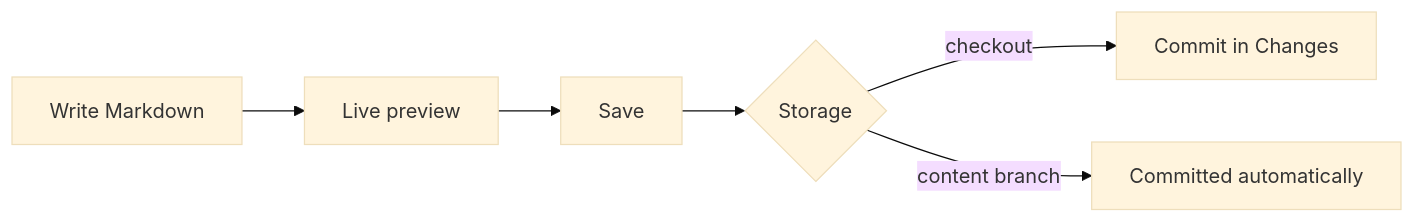
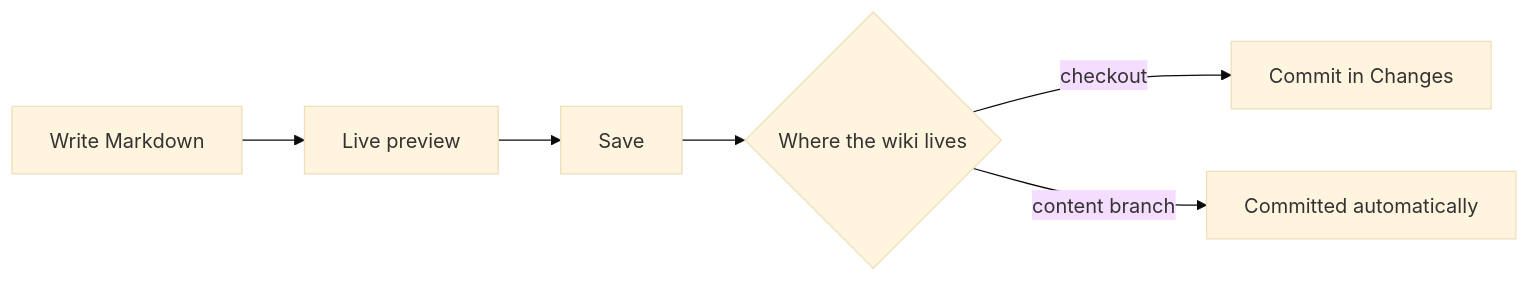
Before and after one commit to genbeya/genbeya: the diagram in docs/Guide/Wiki.md, drawn with Mermaid (base theme). The commit also changed other lines of this file and 2 other files, not shown here.

````diff
--- a/docs/Guide/Wiki.md
+++ b/docs/Guide/Wiki.md
@@ -61,8 +77,8 @@
 ```mermaid
 flowchart LR
   write[Write Markdown] --> preview[Live preview]
   preview --> save[Save]
-  save --> commit{Storage}
+  save --> commit{Where the wiki lives}
   commit -->|checkout| changes[Commit in Changes]
   commit -->|content branch| auto[Committed automatically]
 ```
````
